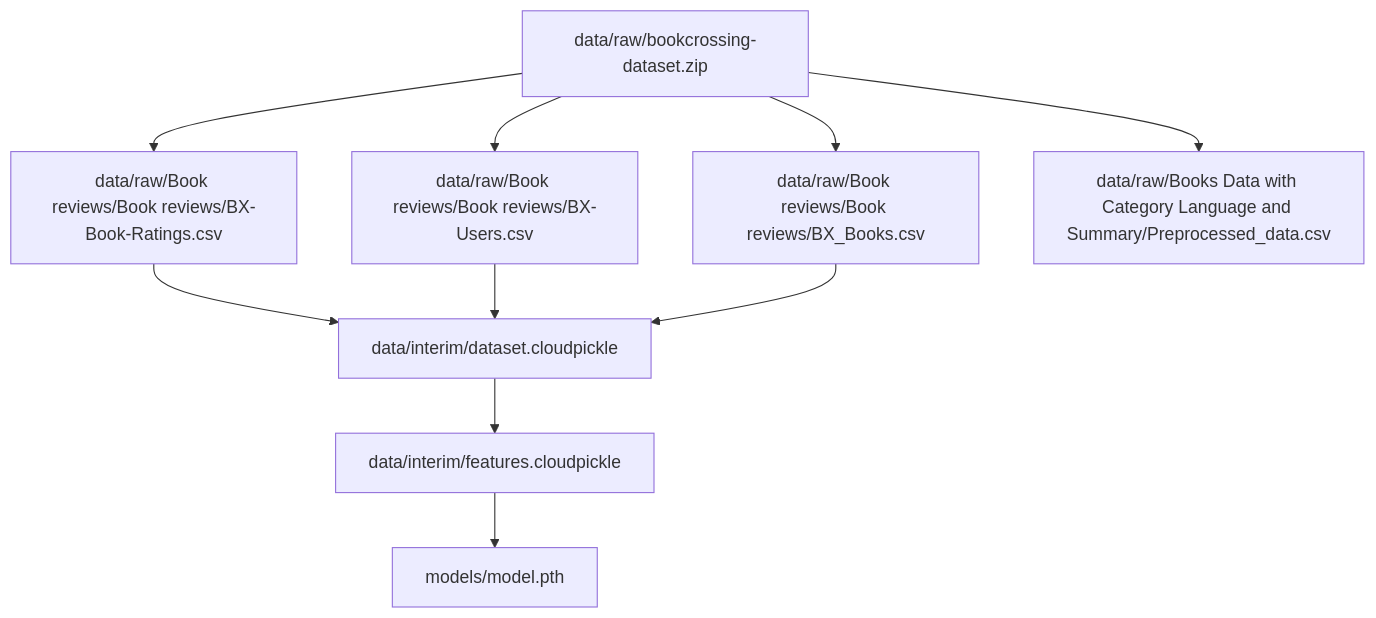
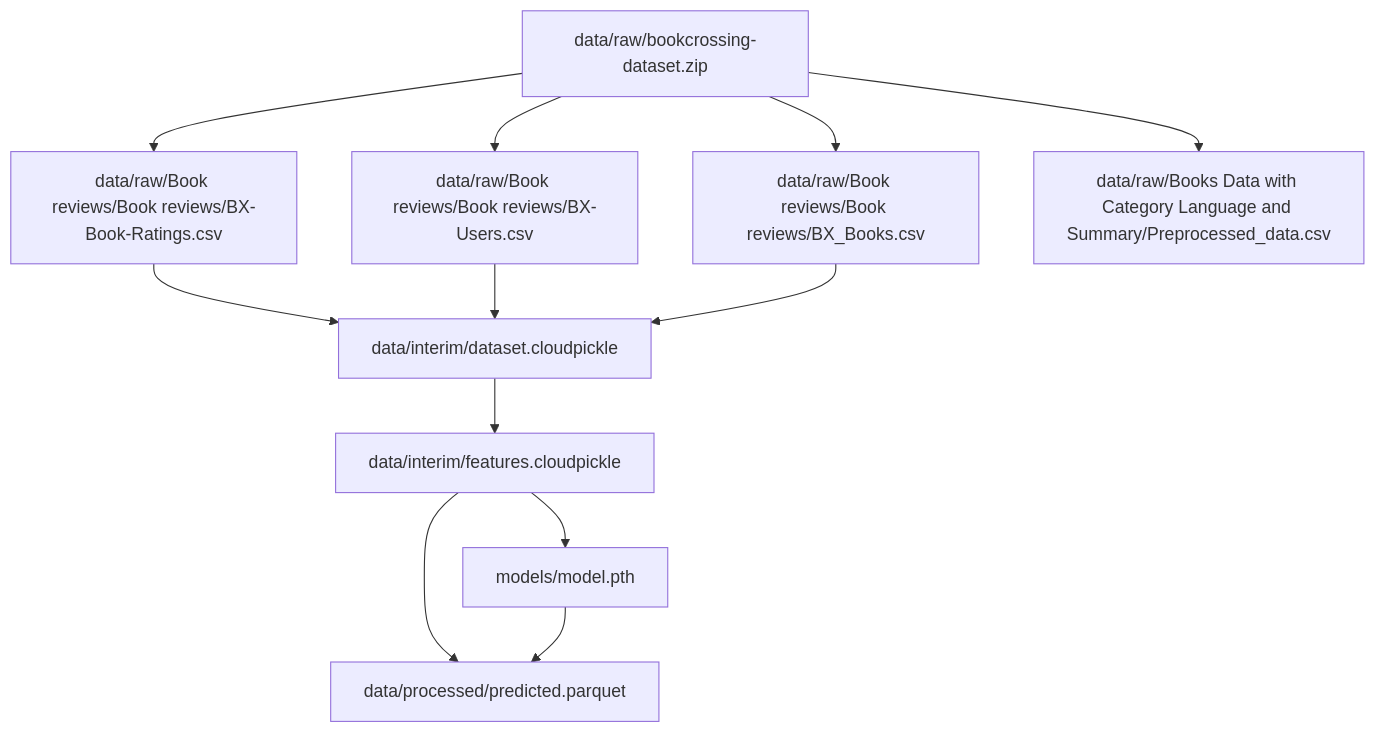
Before and after one commit to u-masao/two-tower-model-tutorial: the second of 2 diagrams in PIPELINE.md, drawn with Mermaid. The commit also changed other lines of this file, not shown here.

Commit message:
update dvc pipeline

````diff
--- a/PIPELINE.md
+++ b/PIPELINE.md
@@ -24,20 +27,23 @@
 ```mermaid
 flowchart TD
 	node1["data/interim/dataset.cloudpickle"]
 	node2["data/interim/features.cloudpickle"]
-	node3["data/raw/Book reviews/Book reviews/BX-Book-Ratings.csv"]
-	node4["data/raw/Book reviews/Book reviews/BX-Users.csv"]
-	node5["data/raw/Book reviews/Book reviews/BX_Books.csv"]
-	node6["data/raw/Books Data with Category Language and Summary/Preprocessed_data.csv"]
-	node7["data/raw/bookcrossing-dataset.zip"]
-	node8["models/model.pth"]
+	node3["data/processed/predicted.parquet"]
+	node4["data/raw/Book reviews/Book reviews/BX-Book-Ratings.csv"]
+	node5["data/raw/Book reviews/Book reviews/BX-Users.csv"]
+	node6["data/raw/Book reviews/Book reviews/BX_Books.csv"]
+	node7["data/raw/Books Data with Category Language and Summary/Preprocessed_data.csv"]
+	node8["data/raw/bookcrossing-dataset.zip"]
+	node9["models/model.pth"]
 	node1-->node2
-	node2-->node8
-	node3-->node1
+	node2-->node3
+	node2-->node9
 	node4-->node1
 	node5-->node1
-	node7-->node3
-	node7-->node4
-	node7-->node5
-	node7-->node6
+	node6-->node1
+	node8-->node4
+	node8-->node5
+	node8-->node6
+	node8-->node7
+	node9-->node3
 ```
````
